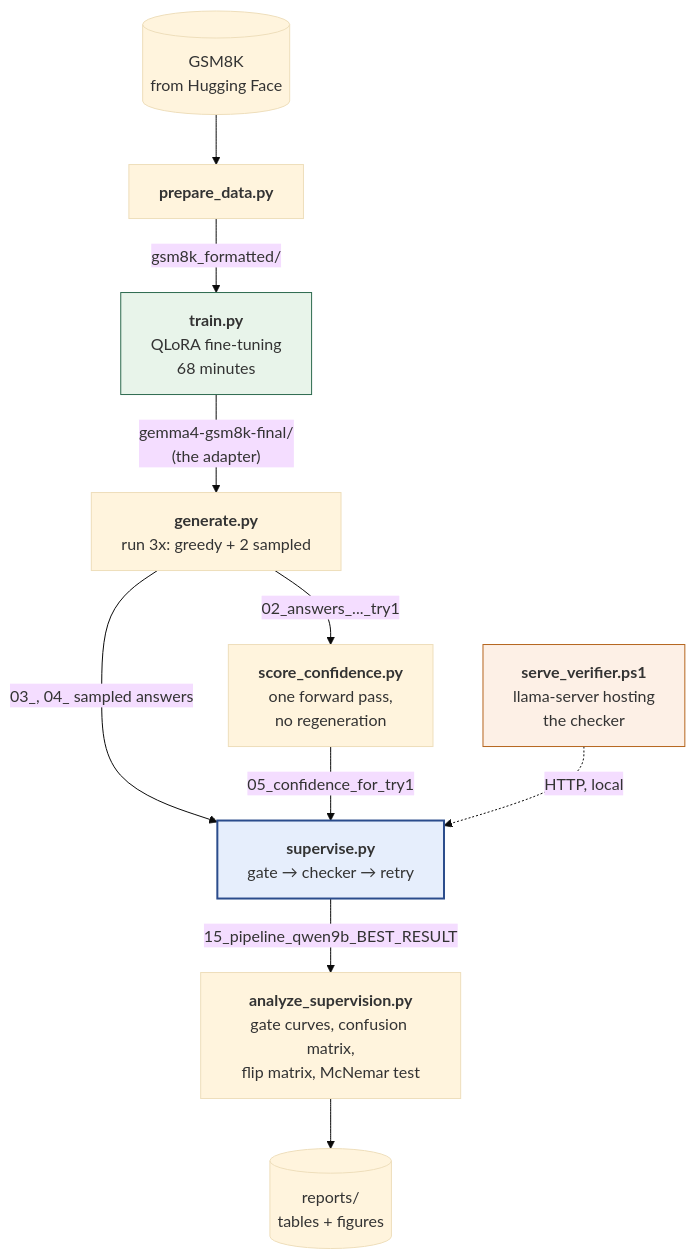
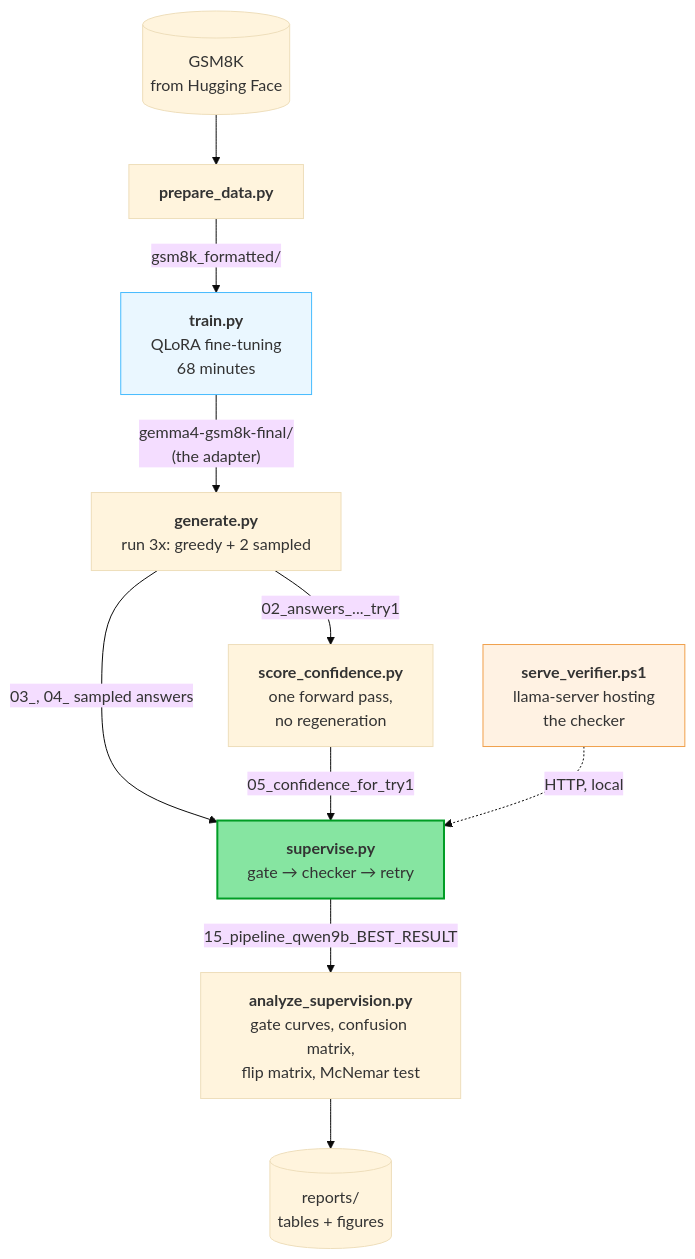
Before and after one commit to SaminYeaserKhan/gemma4-finetune: the fifth of 6 diagrams in docs/diagrams-technical/DIAGRAMS_TECHNICAL.md, drawn with Mermaid (base theme). The commit also changed other lines of this file and 143 other files, not shown here.

````diff
--- a/docs/diagrams-technical/DIAGRAMS_TECHNICAL.md
+++ b/docs/diagrams-technical/DIAGRAMS_TECHNICAL.md
@@ -204,18 +204,18 @@
 ```mermaid
 flowchart TD
     HF[("GSM8K<br/>from Hugging Face")] --> PREP["<b>prepare_data.py</b>"]
     PREP -->|"gsm8k_formatted/"| TRAIN["<b>train.py</b><br/>QLoRA fine-tuning<br/>68 minutes"]
     TRAIN -->|"gemma4-gsm8k-final/<br/>(the adapter)"| GEN["<b>generate.py</b><br/>run 3x: greedy + 2 sampled"]
 
     GEN -->|"02_answers_..._try1"| CONF["<b>score_confidence.py</b><br/>one forward pass,<br/>no regeneration"]
     GEN -->|"03_, 04_ sampled answers"| SUP
     CONF -->|"05_confidence_for_try1"| SUP["<b>supervise.py</b><br/>gate → checker → retry"]
 
     SERVE["<b>serve_verifier.ps1</b><br/>llama-server hosting<br/>the checker"] -.->|"HTTP, local"| SUP
     SUP -->|"15_pipeline_qwen9b_BEST_RESULT"| AN["<b>analyze_supervision.py</b><br/>gate curves, confusion matrix,<br/>flip matrix, McNemar test"]
     AN --> REP[("reports/<br/>tables + figures")]
 
-    style TRAIN fill:#e8f4ea,stroke:#2d6a4f
-    style SUP fill:#e6eefc,stroke:#2b4c8c,stroke-width:2px
-    style SERVE fill:#fdf0e6,stroke:#b5651d
+    style TRAIN fill:#eaf7ff,stroke:#46bbfe
+    style SUP fill:#86e5a1,stroke:#009d25,stroke-width:2px
+    style SERVE fill:#fff2e3,stroke:#f0a04b
 ```
````
